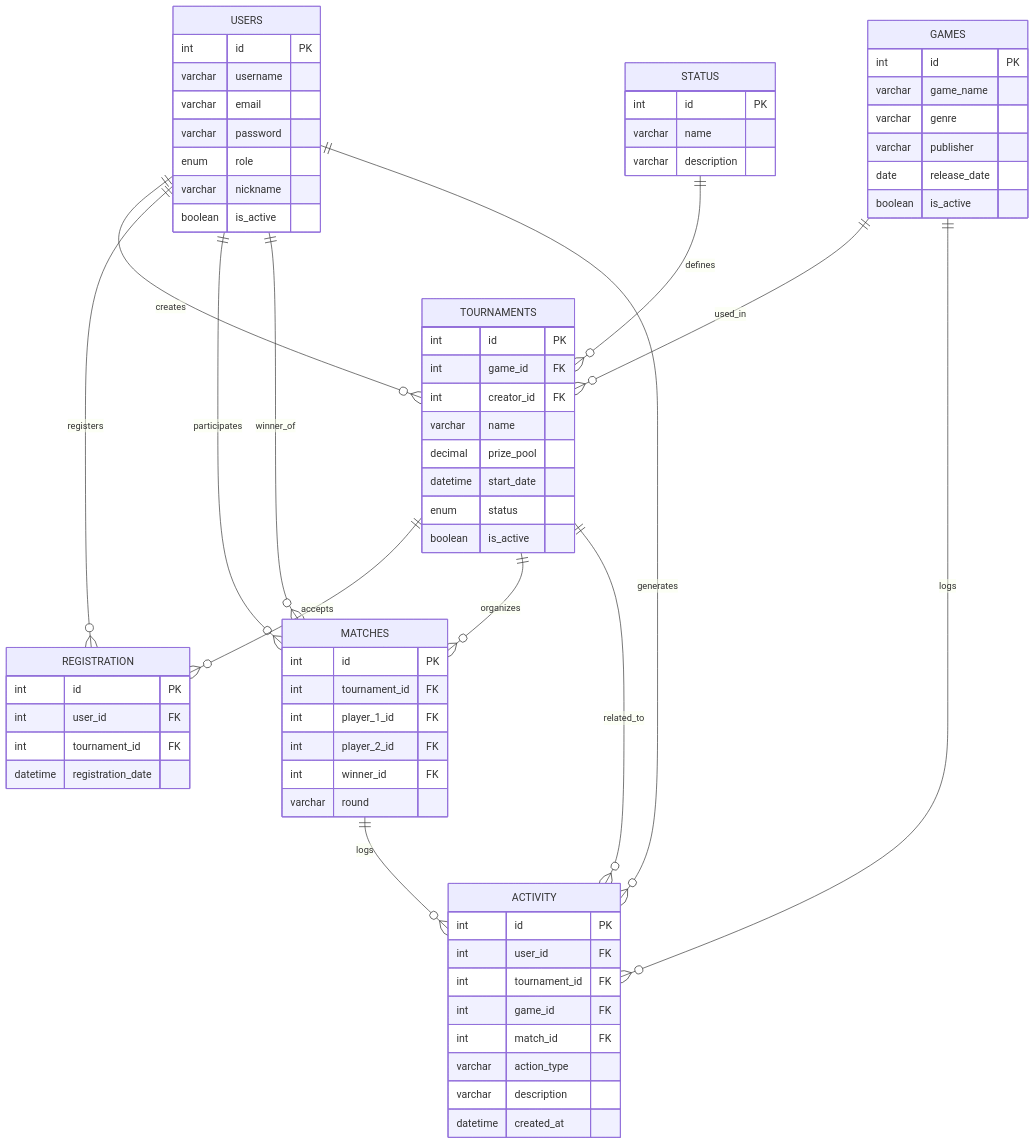
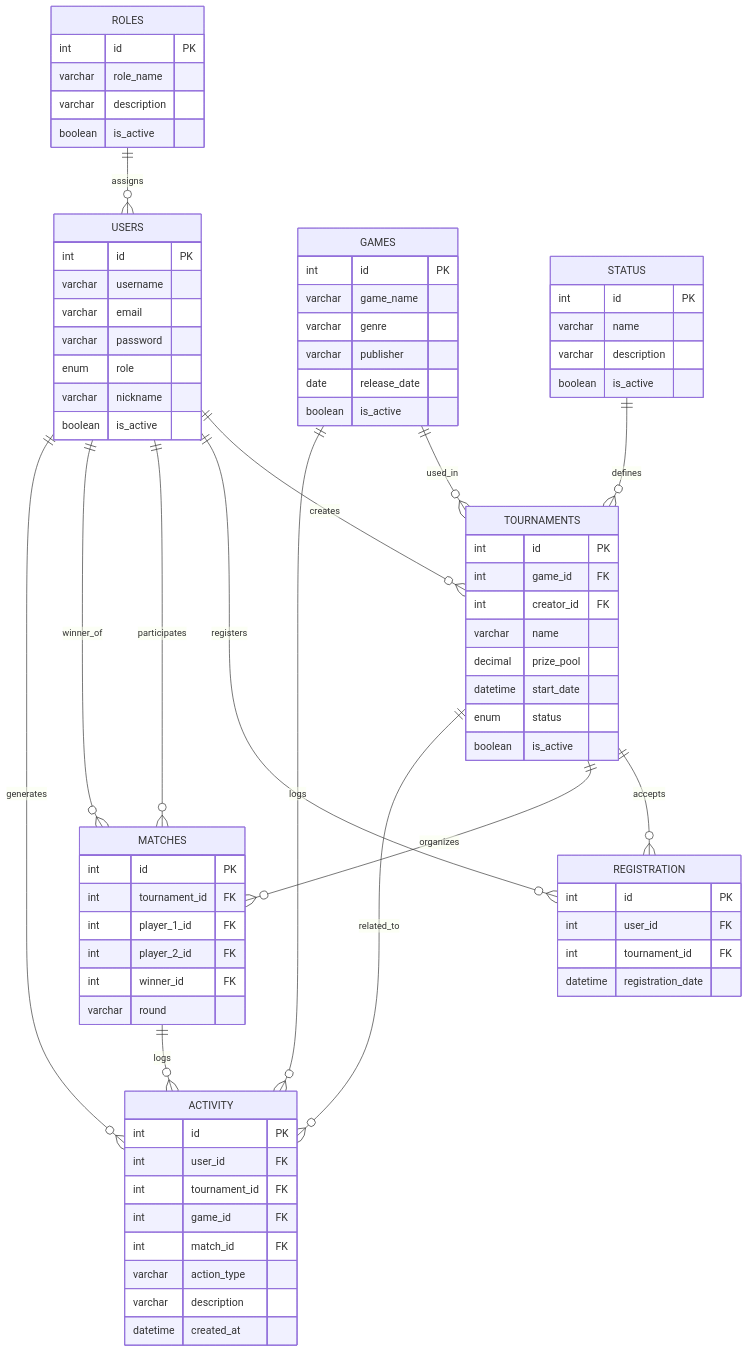
The diagram in docs/erd_diagram.md (olazocaamano/VideoGames-Tournament), drawn with Mermaid before and after one commit. The commit also changed 2 other files, not shown here.

Commit message:
[DB]-v0.7.308 - Implementation of ROLES Table

````diff
--- a/docs/erd_diagram.md
+++ b/docs/erd_diagram.md
@@ -13,6 +13,8 @@
     TOURNAMENTS ||--o{ ACTIVITY : related_to
 
     STATUS ||--o{ TOURNAMENTS : defines
+
+    ROLES ||--o{ USERS : assigns
 
     MATCHES ||--o{ ACTIVITY : logs
     GAMES ||--o{ ACTIVITY : logs
@@ -78,5 +80,13 @@
         int id PK
         varchar name
         varchar description
+        boolean is_active
+    }
+
+    ROLES {
+        int id PK
+        varchar role_name
+        varchar description
+        boolean is_active
     }
 ```
````
